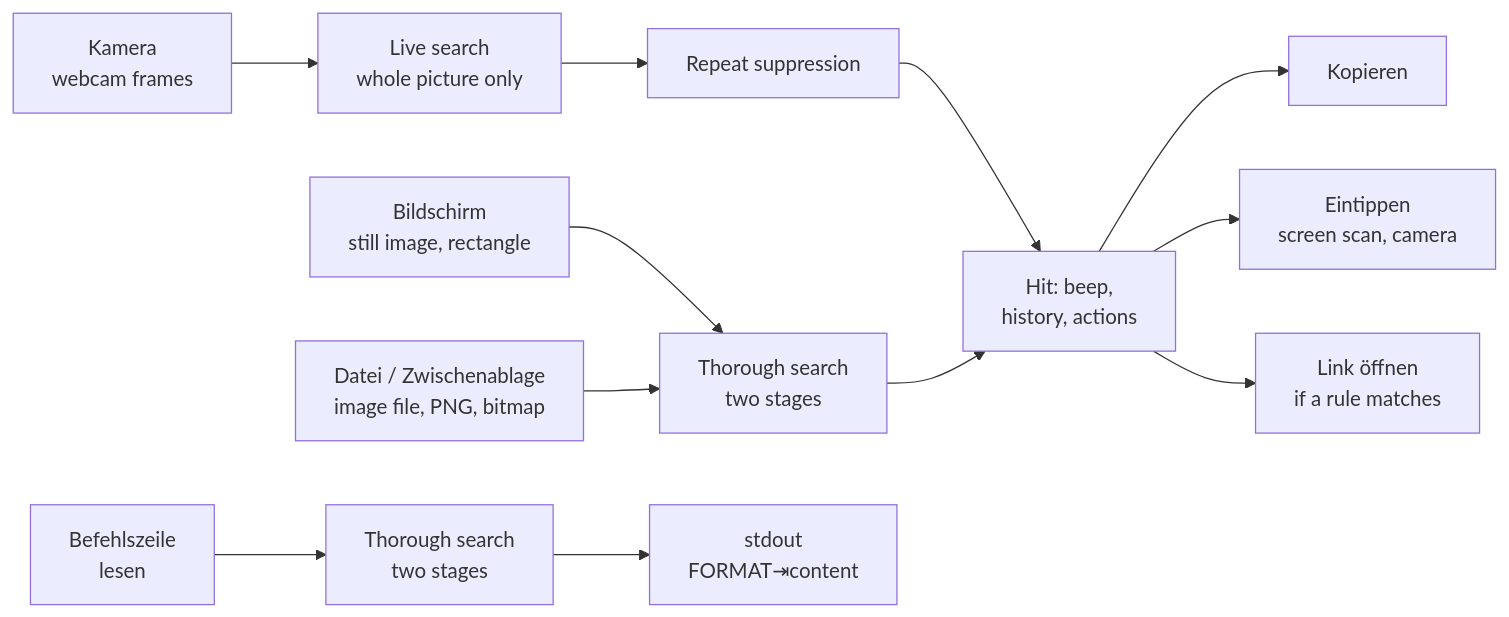
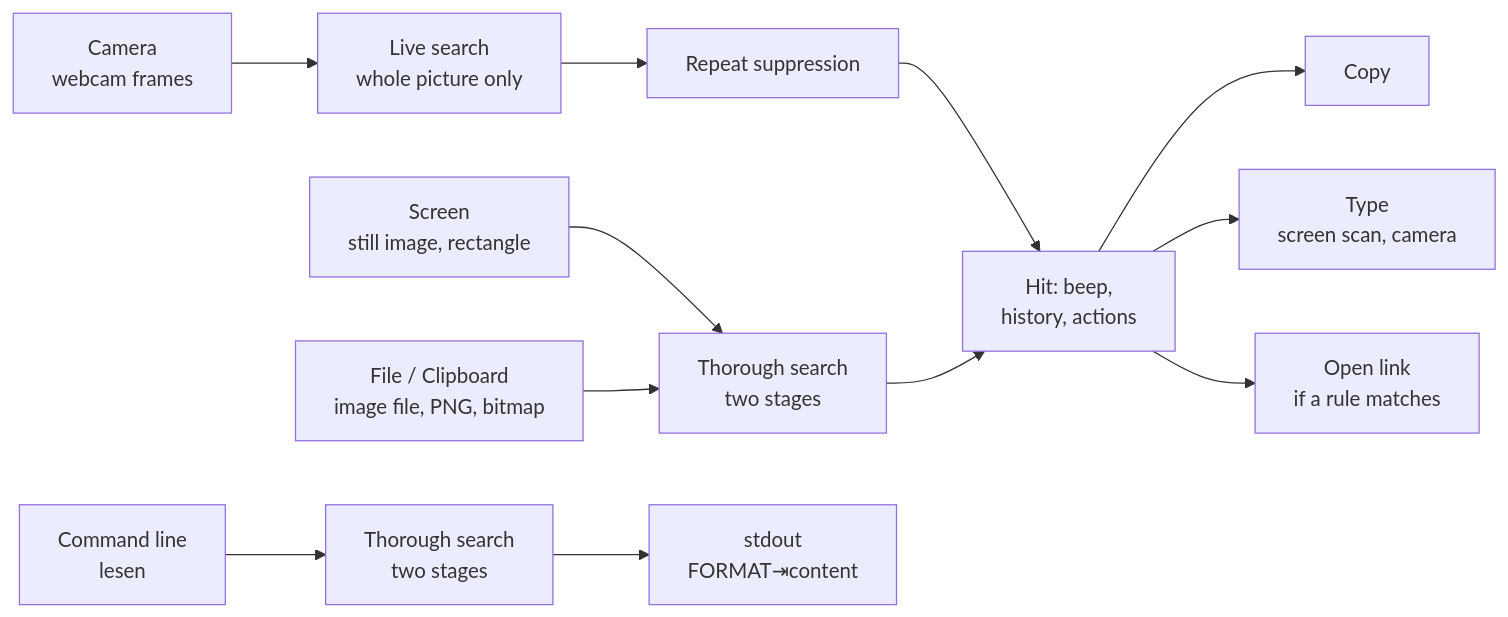
Before and after one commit to ict-baden/lupe: the diagram in docs/how-it-works.md, drawn with Mermaid. The commit also changed other lines of this file and 66 other files, not shown here.

````diff
--- a/docs/how-it-works.md
+++ b/docs/how-it-works.md
@@ -11,14 +11,14 @@
 ```mermaid
 flowchart LR
-    K["Kamera<br>webcam frames"] --> L["Live search<br>whole picture only"]
-    B["Bildschirm<br>still image, rectangle"] --> T["Thorough search<br>two stages"]
-    D["Datei / Zwischenablage<br>image file, PNG, bitmap"] --> T
-    C["Befehlszeile<br>lesen"] --> TC["Thorough search<br>two stages"]
+    K["Camera<br>webcam frames"] --> L["Live search<br>whole picture only"]
+    B["Screen<br>still image, rectangle"] --> T["Thorough search<br>two stages"]
+    D["File / Clipboard<br>image file, PNG, bitmap"] --> T
+    C["Command line<br>lesen"] --> TC["Thorough search<br>two stages"]
     L --> R["Repeat suppression"]
     R --> H["Hit: beep,<br>history, actions"]
     T --> H
     TC --> O["stdout<br>FORMAT⇥content"]
-    H --> A["Kopieren"]
-    H --> E["Eintippen<br>screen scan, camera"]
-    H --> N["Link öffnen<br>if a rule matches"]
+    H --> A["Copy"]
+    H --> E["Type<br>screen scan, camera"]
+    H --> N["Open link<br>if a rule matches"]
 ```
````
